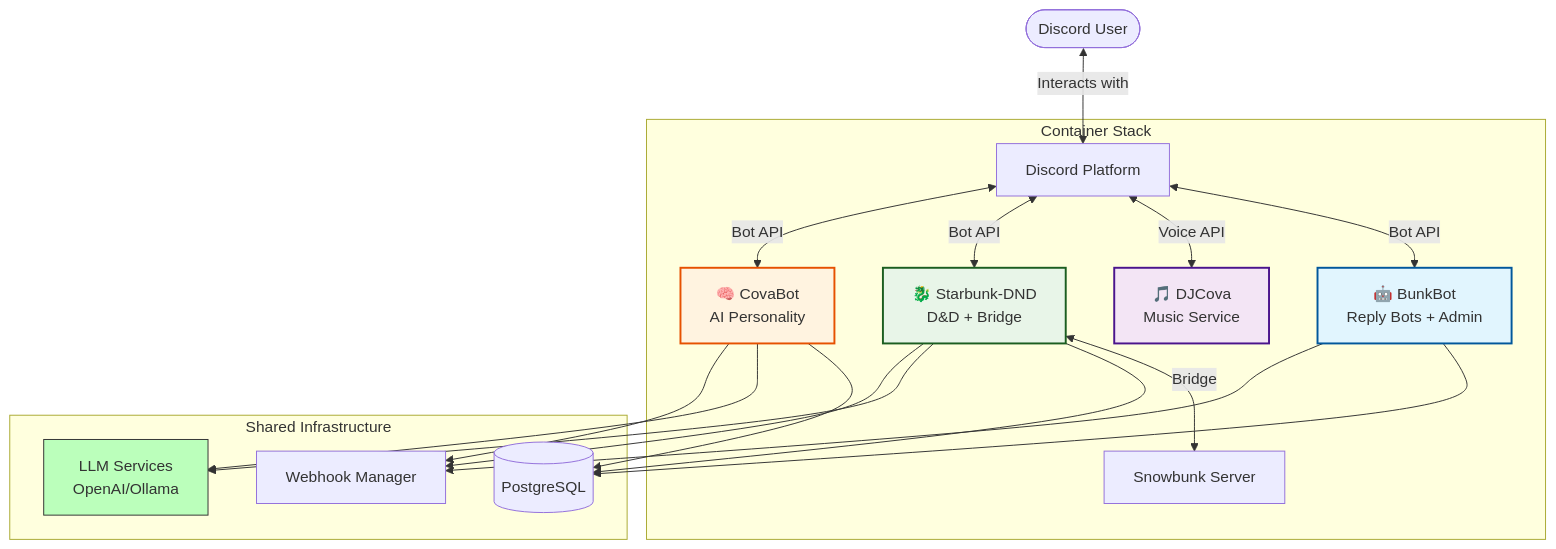
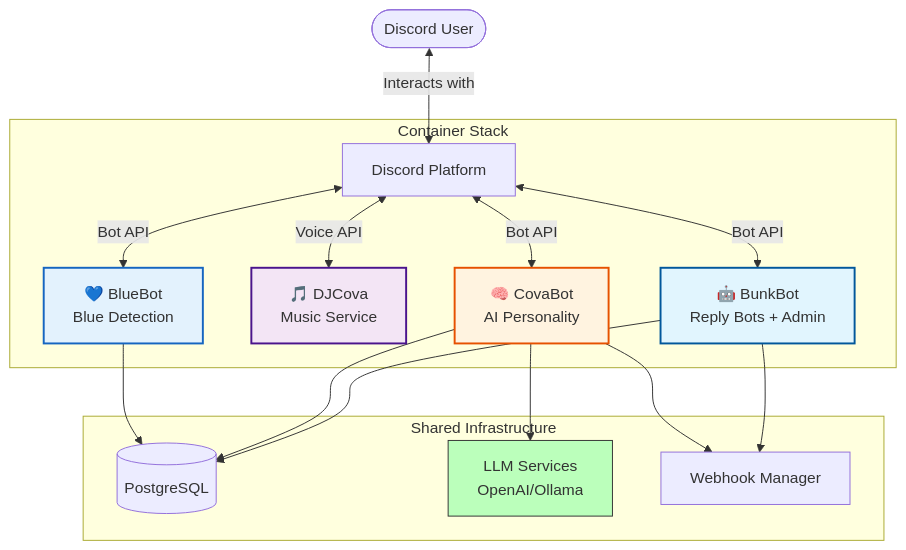
The first of 2 diagrams in README.md (andrewgari/starbunk-js), drawn with Mermaid before and after one commit. The commit also changed other lines of this file and 56 other files, not shown here.

First line of the commit message:
feat: remove starbunk-dnd app and all references

````diff
--- a/README.md
+++ b/README.md
@@ -197,32 +178,28 @@
 ```mermaid
 graph TD
     User([Discord User]) <-->|Interacts with| Discord[Discord Platform]
 
     subgraph "Container Stack"
         Discord <-->|Bot API| BunkBot[🤖 BunkBot<br/>Reply Bots + Admin]
         Discord <-->|Voice API| DJCova[🎵 DJCova<br/>Music Service]
-        Discord <-->|Bot API| StarbunkDND[🐉 Starbunk-DND<br/>D&D + Bridge]
         Discord <-->|Bot API| CovaBot[🧠 CovaBot<br/>AI Personality]
-
-        StarbunkDND <-->|Bridge| Snowbunk[Snowbunk Server]
+        Discord <-->|Bot API| BlueBot[💙 BlueBot<br/>Blue Detection]
     end
 
     subgraph "Shared Infrastructure"
         BunkBot --> SharedDB[(PostgreSQL)]
-        StarbunkDND --> SharedDB
         CovaBot --> SharedDB
+        BlueBot --> SharedDB
 
-        StarbunkDND --> LLM[LLM Services<br/>OpenAI/Ollama]
-        CovaBot --> LLM
+        CovaBot --> LLM[LLM Services<br/>OpenAI/Ollama]
 
         BunkBot --> Webhooks[Webhook Manager]
         CovaBot --> Webhooks
-        StarbunkDND --> Webhooks
     end
 
     style BunkBot fill:#e1f5fe,stroke:#01579b,stroke-width:2px
     style DJCova fill:#f3e5f5,stroke:#4a148c,stroke-width:2px
-    style StarbunkDND fill:#e8f5e8,stroke:#1b5e20,stroke-width:2px
     style CovaBot fill:#fff3e0,stroke:#e65100,stroke-width:2px
+    style BlueBot fill:#e3f2fd,stroke:#1565c0,stroke-width:2px
     style LLM fill:#bfb,stroke:#333,stroke-width:1px
 ```
````
